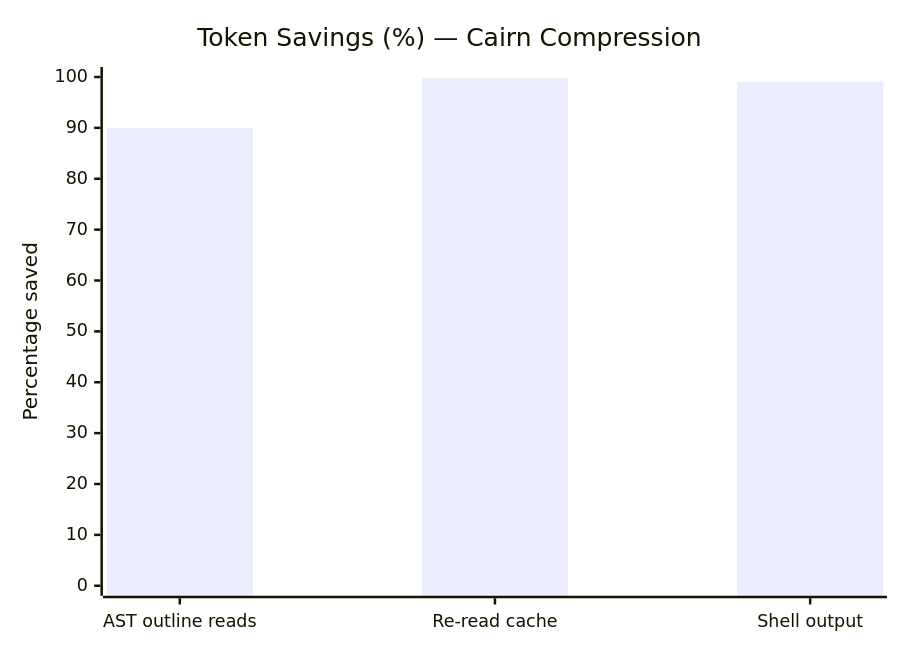
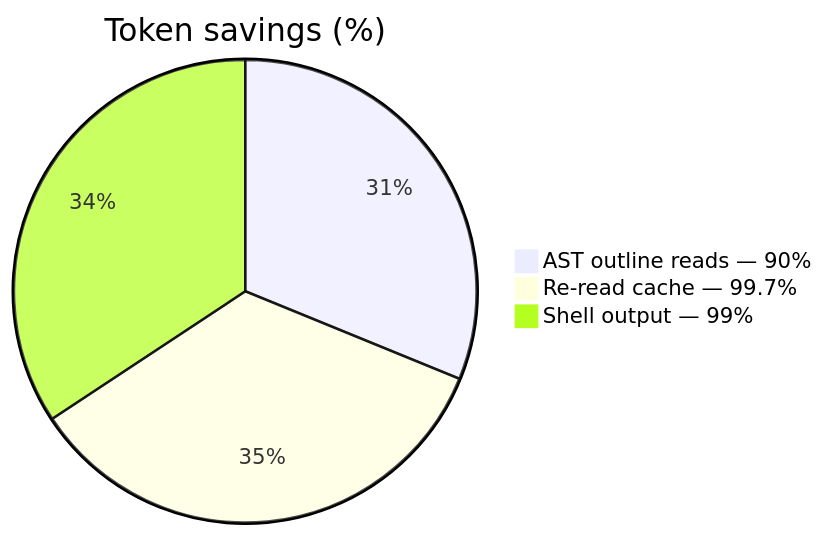
Before and after one commit to Vellixia/cairn: the diagram in docs/BENCHMARKS.md, drawn with Mermaid. The commit also changed 5 other files, not shown here.

First line of the commit message:
fix: replace unsupported Mermaid diagram types for GitHub rendering

````diff
--- a/docs/BENCHMARKS.md
+++ b/docs/BENCHMARKS.md
@@ -27,8 +27,7 @@
 ```mermaid
 %%{init: {"theme": "default"}}%%
-xychart-beta
-    title "Token Savings (%) — Cairn Compression"
-    x-axis ["AST outline reads", "Re-read cache", "Shell output"]
-    y-axis "Percentage saved" 0 --> 100
-    bar [90, 99.7, 99]
+pie title Token savings (%)
+    "AST outline reads — 90%" : 90
+    "Re-read cache — 99.7%" : 99.7
+    "Shell output — 99%" : 99
 ```
````
